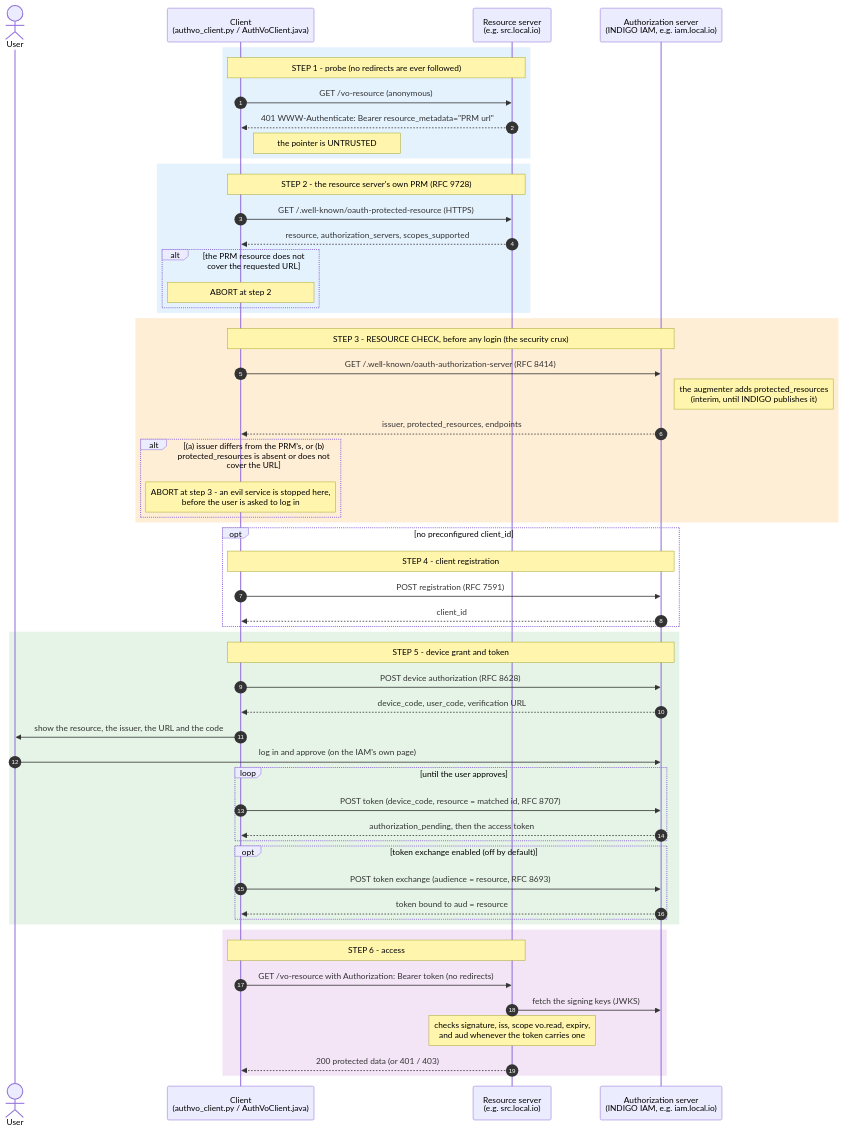
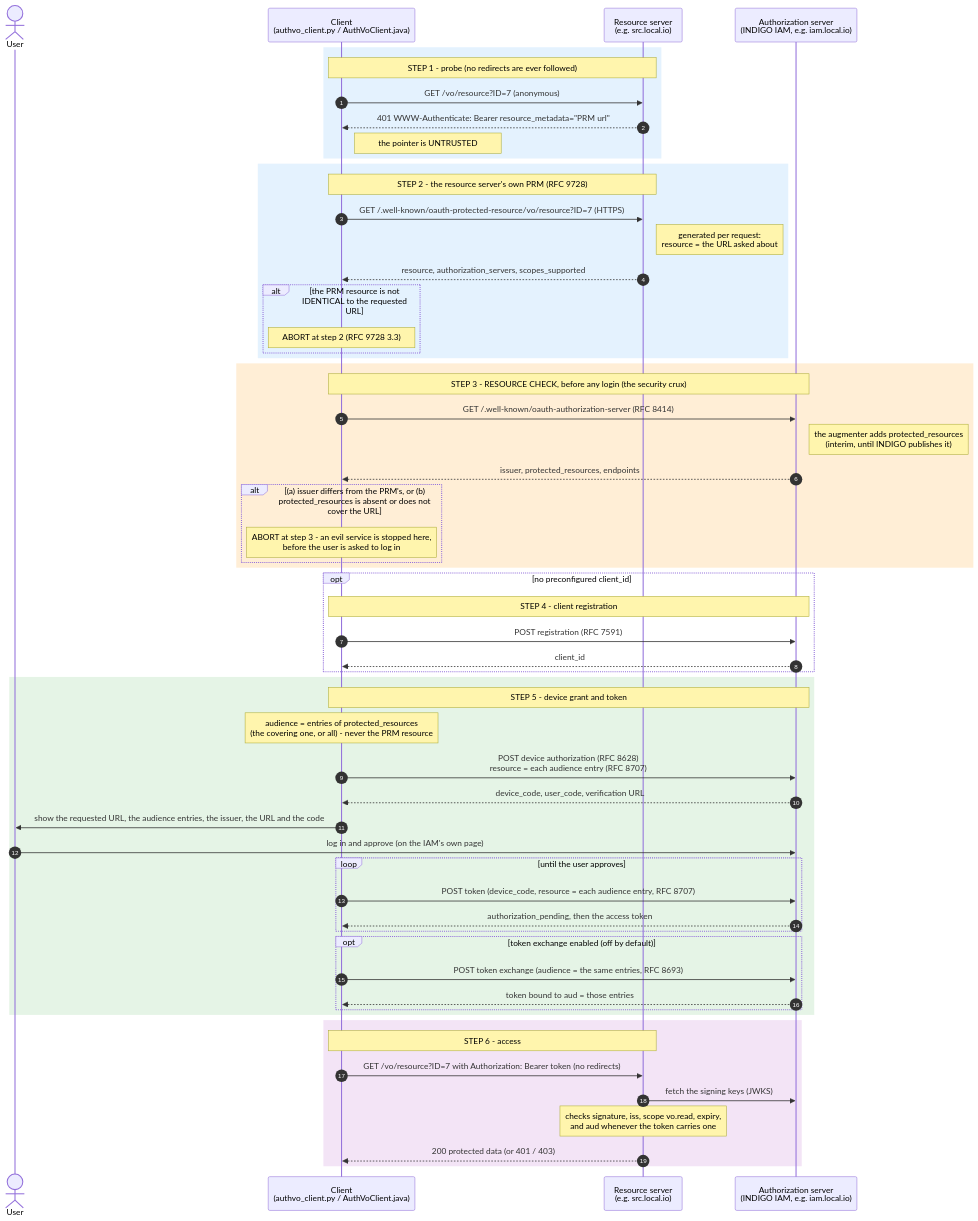
The first of 2 diagrams in README.md (jesusjuansalgado/authvo-clients), drawn with Mermaid before and after one commit. The commit also changed other lines of this file and 3 other files, not shown here.

First line of the commit message:
Docs: exact PRM match, per-request PRM, audience from protected_resources (PR #23 review)

````diff
--- a/README.md
+++ b/README.md
@@ -81,64 +91,66 @@
 ```mermaid
 sequenceDiagram
     autonumber
     actor U as User
     participant C as Client<br/>(authvo_client.py / AuthVoClient.java)
     participant RS as Resource server<br/>(e.g. src.local.io)
     participant AS as Authorization server<br/>(INDIGO IAM, e.g. iam.local.io)
 
     rect rgba(33, 150, 243, 0.12)
     Note over C,RS: STEP 1 - probe (no redirects are ever followed)
-    C->>RS: GET /vo-resource (anonymous)
+    C->>RS: GET /vo/resource?ID=7 (anonymous)
     RS-->>C: 401 WWW-Authenticate: Bearer resource_metadata="PRM url"
     Note right of C: the pointer is UNTRUSTED
     end
 
     rect rgba(33, 150, 243, 0.12)
     Note over C,RS: STEP 2 - the resource server's own PRM (RFC 9728)
-    C->>RS: GET /.well-known/oauth-protected-resource (HTTPS)
+    C->>RS: GET /.well-known/oauth-protected-resource/vo/resource?ID=7 (HTTPS)
+    Note right of RS: generated per request:<br/>resource = the URL asked about
     RS-->>C: resource, authorization_servers, scopes_supported
-    alt the PRM resource does not cover the requested URL
-        Note over C: ABORT at step 2
+    alt the PRM resource is not IDENTICAL to the requested URL
+        Note over C: ABORT at step 2 (RFC 9728 3.3)
     end
     end
 
     rect rgba(255, 152, 0, 0.16)
     Note over C,AS: STEP 3 - RESOURCE CHECK, before any login (the security crux)
     C->>AS: GET /.well-known/oauth-authorization-server (RFC 8414)
     Note right of AS: the augmenter adds protected_resources<br/>(interim, until INDIGO publishes it)
     AS-->>C: issuer, protected_resources, endpoints
     alt (a) issuer differs from the PRM's, or (b) protected_resources is absent or does not cover the URL
         Note over C: ABORT at step 3 - an evil service is stopped here,<br/>before the user is asked to log in
     end
     end
 
     opt no preconfigured client_id
         Note over C,AS: STEP 4 - client registration
         C->>AS: POST registration (RFC 7591)
         AS-->>C: client_id
     end
 
     rect rgba(76, 175, 80, 0.14)
     Note over C,AS: STEP 5 - device grant and token
-    C->>AS: POST device authorization (RFC 8628)
+    Note over C: audience = entries of protected_resources<br/>(the covering one, or all) - never the PRM resource
+    C->>AS: POST device authorization (RFC 8628)<br/>resource = each audience entry (RFC 8707)
     AS-->>C: device_code, user_code, verification URL
-    C->>U: show the resource, the issuer, the URL and the code
+    C->>U: show the requested URL, the audience entries, the issuer, the URL and the code
     U->>AS: log in and approve (on the IAM's own page)
     loop until the user approves
-        C->>AS: POST token (device_code, resource = matched id, RFC 8707)
+        C->>AS: POST token (device_code, resource = each audience entry, RFC 8707)
         AS-->>C: authorization_pending, then the access token
     end
     opt token exchange enabled (off by default)
-        C->>AS: POST token exchange (audience = resource, RFC 8693)
-        AS-->>C: token bound to aud = resource
+        C->>AS: POST token exchange (audience = the same entries, RFC 8693)
+        AS-->>C: token bound to aud = those entries
     end
     end
 
     rect rgba(156, 39, 176, 0.12)
     Note over C,RS: STEP 6 - access
-    C->>RS: GET /vo-resource with Authorization: Bearer token (no redirects)
+    C->>RS: GET /vo/resource?ID=7 with Authorization: Bearer token (no redirects)
     RS->>AS: fetch the signing keys (JWKS)
     Note over RS: checks signature, iss, scope vo.read, expiry,<br/>and aud whenever the token carries one
     RS-->>C: 200 protected data (or 401 / 403)
     end
 ```
````
